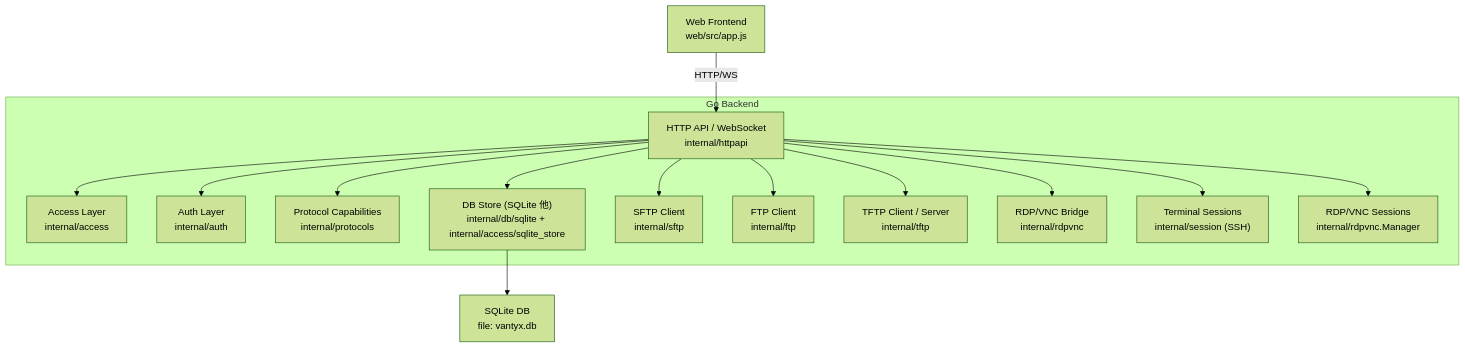
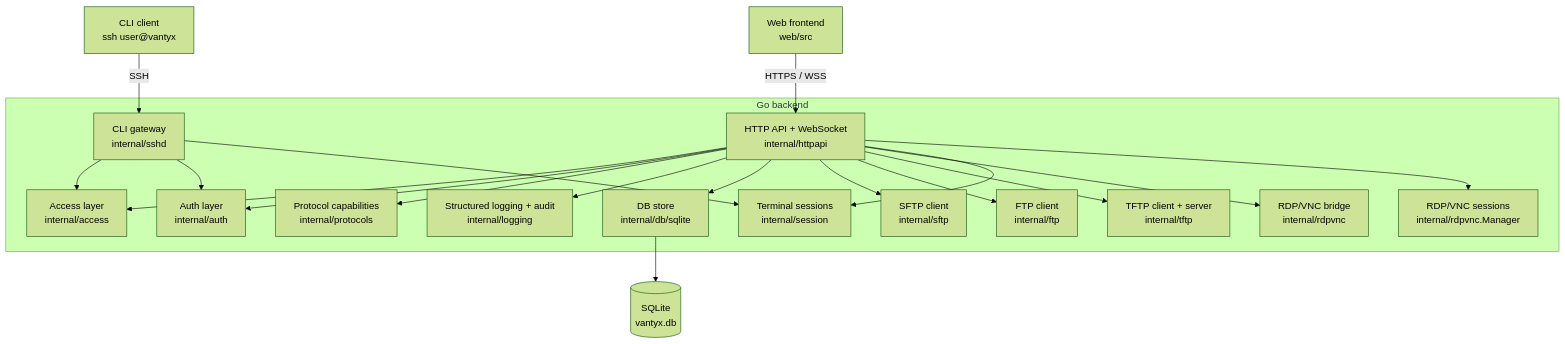
Before and after one commit to nullpo7z/vantyx: the first of 4 diagrams in docs/ARCHITECTURE.md, drawn with Mermaid (forest theme). The commit also changed other lines of this file and 119 other files, not shown here.

````diff
--- a/docs/ARCHITECTURE.md
+++ b/docs/ARCHITECTURE.md
@@ -7,23 +11,27 @@
 ```mermaid
 graph TD
-    Browser["Web Frontend<br/>web/src/app.js"] -->|HTTP/WS| HTTPAPI["HTTP API / WebSocket<br/>internal/httpapi"]
+    Browser["Web frontend<br/>web/src"] -->|HTTPS / WSS| HTTPAPI["HTTP API + WebSocket<br/>internal/httpapi"]
+    CLI["CLI client<br/>ssh user@vantyx"] -->|SSH| SSHD["CLI gateway<br/>internal/sshd"]
 
-    subgraph Backend["Go Backend"]
-        HTTPAPI --> Access["Access Layer<br/>internal/access"]
-        HTTPAPI --> Auth["Auth Layer<br/>internal/auth"]
-        HTTPAPI --> Protocols["Protocol Capabilities<br/>internal/protocols"]
-        HTTPAPI --> DBStore["DB Store (SQLite 他)<br/>internal/db/sqlite + internal/access/sqlite_store"]
+    subgraph Backend["Go backend"]
+        HTTPAPI --> Access["Access layer<br/>internal/access"]
+        HTTPAPI --> Auth["Auth layer<br/>internal/auth"]
+        HTTPAPI --> Protocols["Protocol capabilities<br/>internal/protocols"]
+        HTTPAPI --> Logging["Structured logging + audit<br/>internal/logging"]
+        HTTPAPI --> DBStore["DB store<br/>internal/db/sqlite"]
 
-        %% プロトコル別クライアント
-        HTTPAPI --> SFTP["SFTP Client<br/>internal/sftp"]
-        HTTPAPI --> FTP["FTP Client<br/>internal/ftp"]
-        HTTPAPI --> TFTP["TFTP Client / Server<br/>internal/tftp"]
-        HTTPAPI --> RDPVNC["RDP/VNC Bridge<br/>internal/rdpvnc"]
+        HTTPAPI --> SFTP["SFTP client<br/>internal/sftp"]
+        HTTPAPI --> FTP["FTP client<br/>internal/ftp"]
+        HTTPAPI --> TFTP["TFTP client + server<br/>internal/tftp"]
+        HTTPAPI --> RDPVNC["RDP/VNC bridge<br/>internal/rdpvnc"]
 
-        %% セッション管理
-        HTTPAPI --> TermSess["Terminal Sessions<br/>internal/session (SSH)"]
-        HTTPAPI --> RDPSess["RDP/VNC Sessions<br/>internal/rdpvnc.Manager"]
+        HTTPAPI --> TermSess["Terminal sessions<br/>internal/session"]
+        HTTPAPI --> RDPSess["RDP/VNC sessions<br/>internal/rdpvnc.Manager"]
+
+        SSHD --> Access
+        SSHD --> Auth
+        SSHD --> TermSess
     end
 
-    DBStore --> SQLite["SQLite DB<br/>file: vantyx.db"]
+    DBStore --> SQLite[("SQLite<br/>vantyx.db")]
 ```
````
